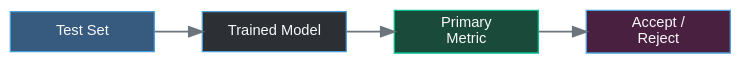
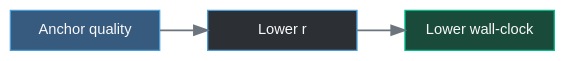
Before and after one commit to HongyuCao3/dmllm-refresh-frontier: the second of 2 diagrams in docs/task_definition.qmd, drawn with Graphviz. The commit also changed other lines of this file and 24 other files, not shown here.

````diff
--- a/docs/task_definition.qmd
+++ b/docs/task_definition.qmd
@@ -155,22 +46,19 @@
 ```{dot}
-//| label: fig-eval
-//| fig-cap: "Evaluation chain: data → model → metric → decision"
+//| label: fig-objective
+//| fig-cap: "Push the frontier right at fixed quality"
 //| fig-width: 7
 //| fig-height: 2.4
 digraph G {
   bgcolor="transparent"
   rankdir=LR
   graph [ranksep=0.5, nodesep=0.5]
   node [style=filled, fillcolor="#2c3035", color="#4a9eda",
         fontcolor="#f8f9fa", fontname="Arial", fontsize=11,
-        shape=box, width=1.5, height=0.42]
+        shape=box, width=1.55, height=0.42]
   edge [color="#6c757d", penwidth=1.4]
-
-  Data [label="Test Set", fillcolor="#375a7f"]
-  Model [label="Trained Model"]
-  Primary [label="Primary\nMetric", fillcolor="#1a4a3a", color="#00bc8c"]
-  Decision [label="Accept /\nReject", fillcolor="#4a2040"]
-
-  Data -> Model -> Primary -> Decision
+  A [label="Anchor quality", fillcolor="#375a7f"]
+  R [label="Lower r"]
+  W [label="Lower wall-clock", fillcolor="#1a4a3a", color="#00bc8c"]
+  A -> R -> W
 }
 ```
````
